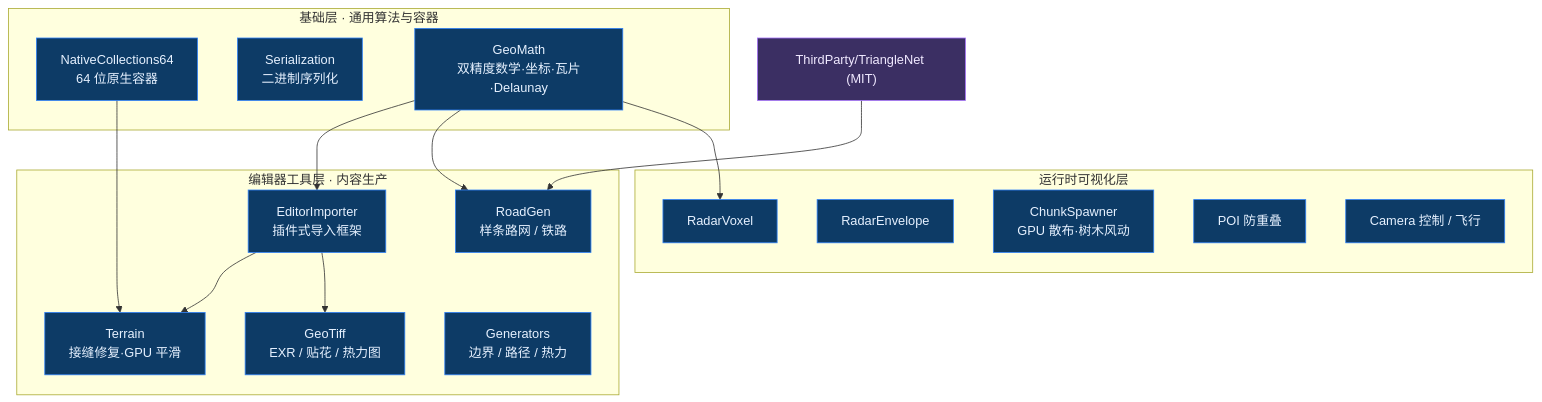
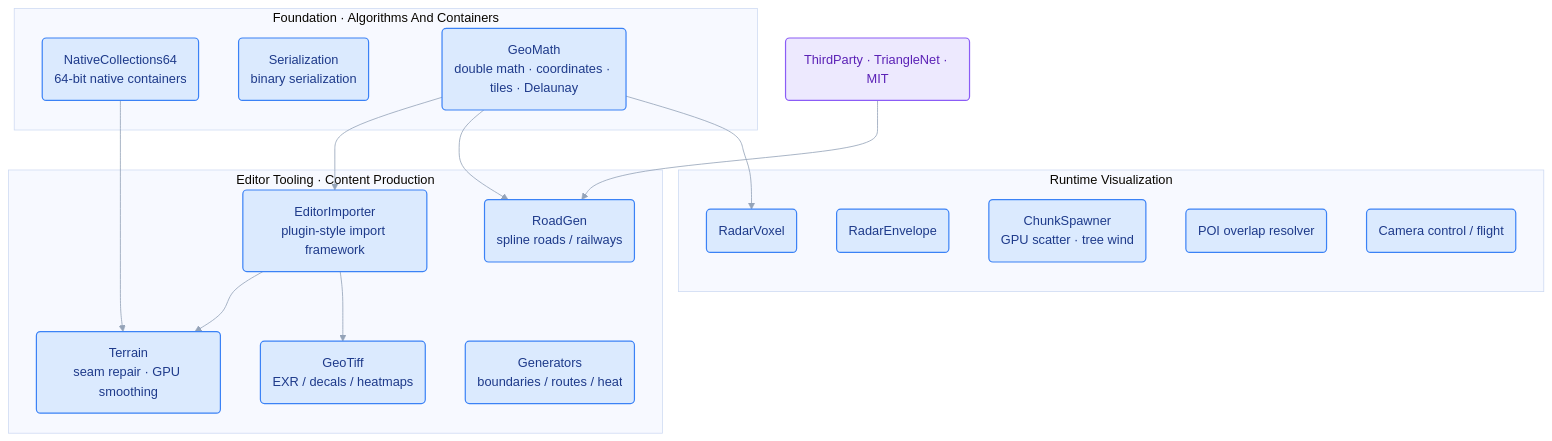
The diagram in README.md (zhuxb93/UnityGeoToolkit), drawn with Mermaid before and after one commit. The commit also changed other lines of this file and 2 other files, not shown here.

First line of the commit message:
style(readme): set English default README and improve architecture diagram colors

````diff
--- a/README.md
+++ b/README.md
@@ -11,36 +11,37 @@
 ```mermaid
+%%{init: {'theme':'base','themeVariables':{'fontFamily':'ui-sans-serif, system-ui, sans-serif','lineColor':'#94A3B8','edgeLabelBackground':'#F8FAFC'}}}%%
 flowchart TB
-    subgraph L1["基础层 · 通用算法与容器"]
-        NC["NativeCollections64<br/>64 位原生容器"]:::own
-        SER["Serialization<br/>二进制序列化"]:::own
-        GM["GeoMath<br/>双精度数学·坐标·瓦片·Delaunay"]:::own
+    subgraph L1["Foundation · Algorithms And Containers"]
+        NC("NativeCollections64<br/>64-bit native containers"):::own
+        SER("Serialization<br/>binary serialization"):::own
+        GM("GeoMath<br/>double math · coordinates · tiles · Delaunay"):::own
     end
-    subgraph L2["编辑器工具层 · 内容生产"]
-        EI["EditorImporter<br/>插件式导入框架"]:::own
-        TR["Terrain<br/>接缝修复·GPU 平滑"]:::own
-        RG["RoadGen<br/>样条路网 / 铁路"]:::own
-        GT["GeoTiff<br/>EXR / 贴花 / 热力图"]:::own
-        GEN["Generators<br/>边界 / 路径 / 热力"]:::own
+    subgraph L2["Editor Tooling · Content Production"]
+        EI("EditorImporter<br/>plugin-style import framework"):::own
+        TR("Terrain<br/>seam repair · GPU smoothing"):::own
+        RG("RoadGen<br/>spline roads / railways"):::own
+        GT("GeoTiff<br/>EXR / decals / heatmaps"):::own
+        GEN("Generators<br/>boundaries / routes / heat"):::own
     end
-    subgraph L3["运行时可视化层"]
-        RV["RadarVoxel"]:::own
-        RE["RadarEnvelope"]:::own
-        CS["ChunkSpawner<br/>GPU 散布·树木风动"]:::own
-        POI["POI 防重叠"]:::own
-        CAM["Camera 控制 / 飞行"]:::own
+    subgraph L3["Runtime Visualization"]
+        RV("RadarVoxel"):::own
+        RE("RadarEnvelope"):::own
+        CS("ChunkSpawner<br/>GPU scatter · tree wind"):::own
+        POI("POI overlap resolver"):::own
+        CAM("Camera control / flight"):::own
     end
-    TN["ThirdParty/TriangleNet (MIT)"]:::third
+    TN("ThirdParty · TriangleNet · MIT"):::third
 
     GM --> EI
     GM --> RG
     GM --> RV
     NC --> TR
     TN --> RG
     EI --> TR
     EI --> GT
 
-    classDef own  fill:#0d3b66,stroke:#2f81f7,color:#e6f1ff;
-    classDef third fill:#3b2f63,stroke:#a371f7,color:#f0e9ff;
-    classDef ext  fill:#222b35,stroke:#768390,color:#cdd9e5,stroke-dasharray:4 3;
-    classDef out  fill:#13361f,stroke:#3fb950,color:#d7ffe3;
+    classDef own  fill:#DBEAFE,stroke:#3B82F6,stroke-width:1.5px,color:#1E3A8A;
+    classDef third fill:#EDE9FE,stroke:#8B5CF6,stroke-width:1.5px,color:#5B21B6;
+    classDef ext  fill:#F1F5F9,stroke:#94A3B8,stroke-width:1.5px,color:#334155,stroke-dasharray:4 3;
+    classDef out  fill:#DCFCE7,stroke:#22C55E,stroke-width:1.5px,color:#166534;
 ```
````
